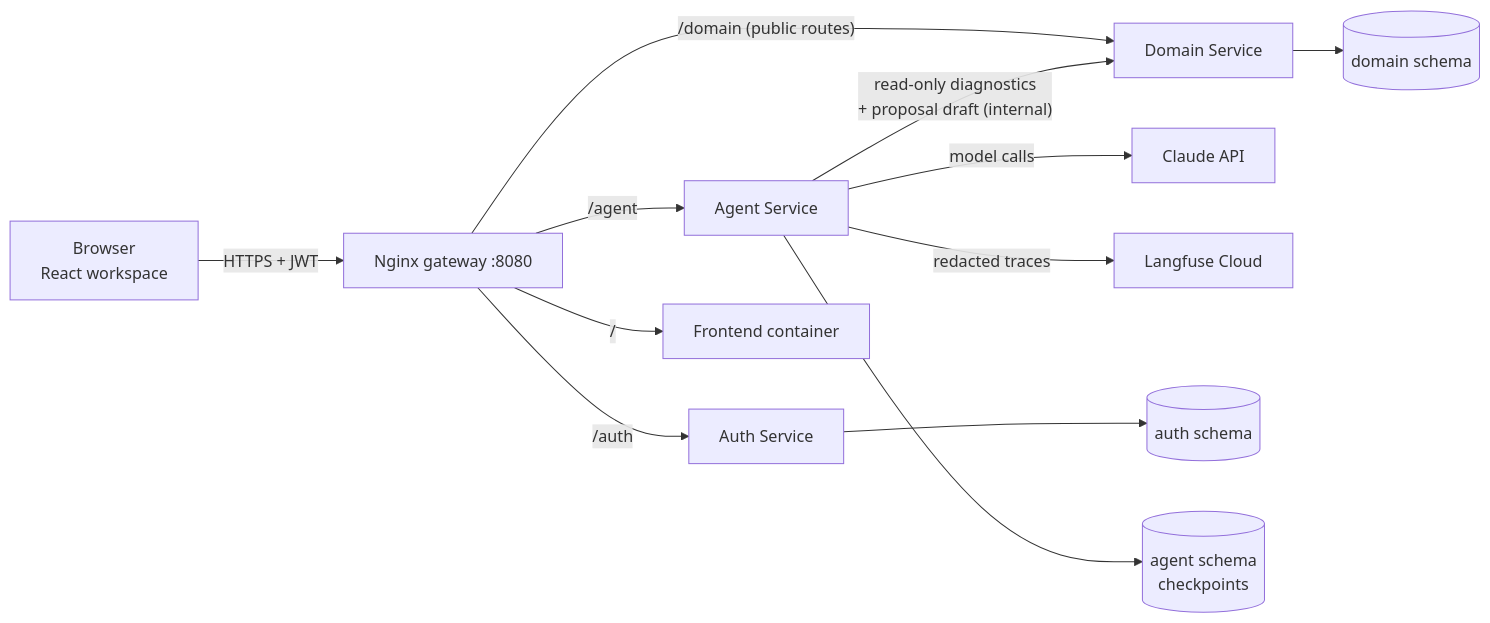
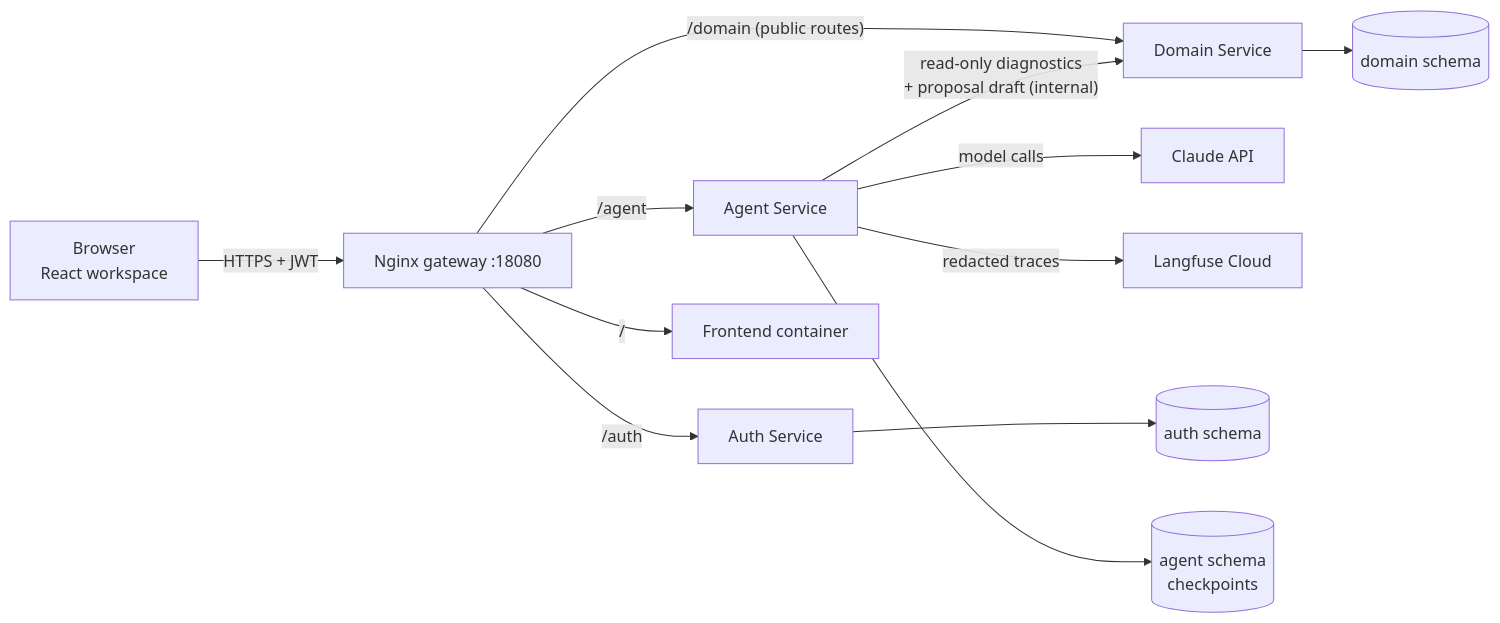
Before and after one commit to Beaconfire-GenAI-Sep26/retail-internal-ai-agent: the first of 2 diagrams in docs/architecture.md, drawn with Mermaid. The commit also changed other lines of this file and 90 other files, not shown here.

````diff
--- a/docs/architecture.md
+++ b/docs/architecture.md
@@ -19,14 +34,14 @@
 ```mermaid
 flowchart LR
-  B["Browser<br/>React workspace"] -->|"HTTPS + JWT"| G["Nginx gateway :8080"]
+  B["Browser<br/>React workspace"] -->|"HTTPS + JWT"| G["Nginx gateway :18080"]
   G -->|"/auth"| A["Auth Service"]
   G -->|"/agent"| AG["Agent Service"]
   G -->|"/domain (public routes)"| D["Domain Service"]
   G -->|"/"| F["Frontend container"]
   AG -->|"read-only diagnostics<br/>+ proposal draft (internal)"| D
   AG -->|"model calls"| C["Claude API"]
   AG -->|"redacted traces"| L["Langfuse Cloud"]
   A --> PA[("auth schema")]
   AG --> PG[("agent schema<br/>checkpoints")]
   D --> PD[("domain schema")]
 ```
````
